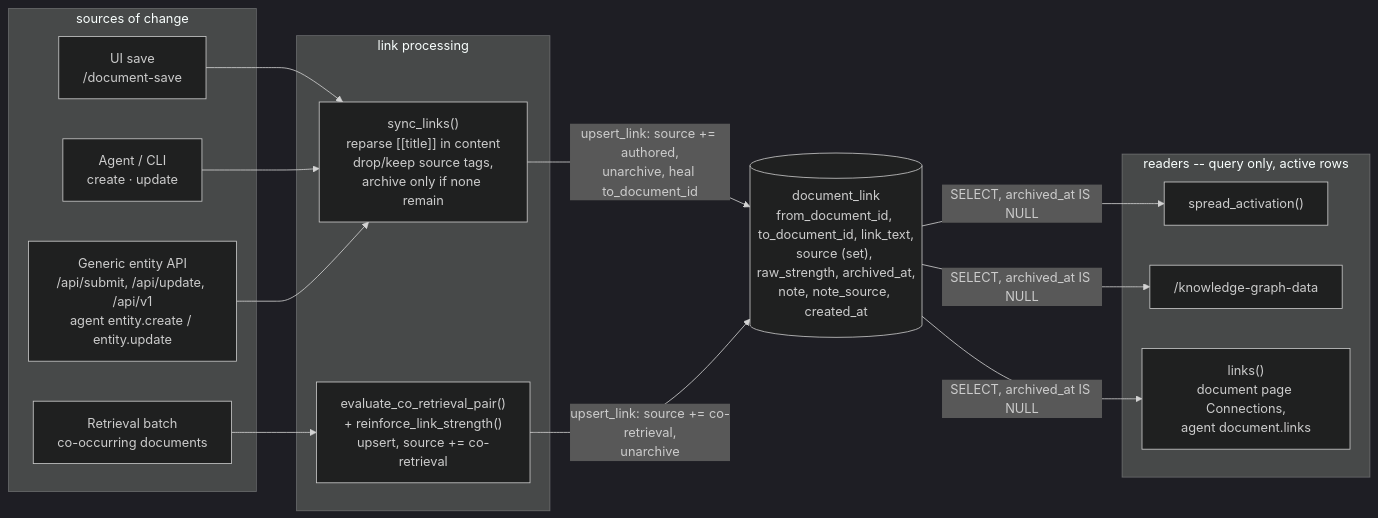
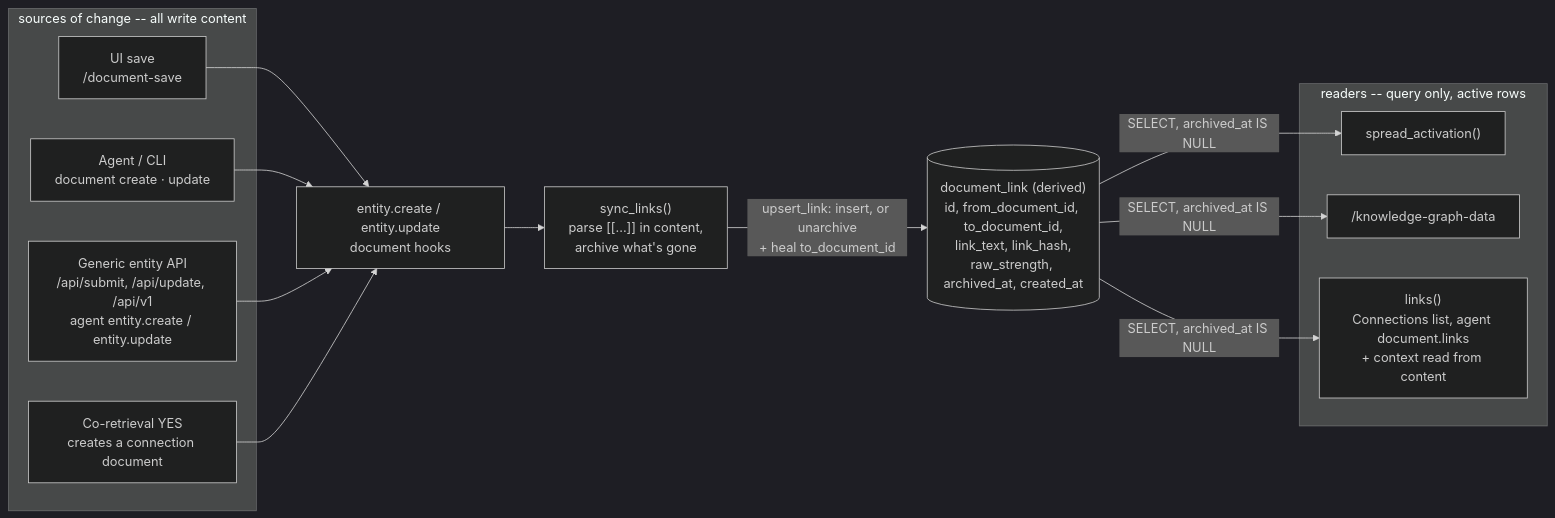
Before and after one commit to BenSiv/daat: the diagram in doc/document-link-flow.md, drawn with Mermaid (dark theme). The commit also changed other lines of this file and 11 other files, not shown here.

````diff
--- a/doc/document-link-flow.md
+++ b/doc/document-link-flow.md
@@ -5,33 +5,31 @@
 ```mermaid
 flowchart LR
-    subgraph SRC["sources of change"]
+    subgraph SRC["sources of change -- all write content"]
         A1["UI save<br/>/document-save"]
-        A2["Agent / CLI<br/>create &middot; update"]
+        A2["Agent / CLI<br/>document create &middot; update"]
         A3["Generic entity API<br/>/api/submit, /api/update, /api/v1<br/>agent entity.create / entity.update"]
-        A4["Retrieval batch<br/>co-occurring documents"]
+        A4["Co-retrieval YES<br/>creates a connection document"]
     end
 
-    subgraph PROC["link processing"]
-        P1["sync_links()<br/>reparse [[title]] in content<br/>drop/keep source tags,<br/>archive only if none remain"]
-        P2["evaluate_co_retrieval_pair()<br/>+ reinforce_link_strength()<br/>upsert, source += co-retrieval"]
-    end
+    H["entity.create / entity.update<br/>document hooks"]
+    P1["sync_links()<br/>parse [[...]] in content,<br/>archive what's gone"]
 
-    T[("document_link<br/>from_document_id, to_document_id, link_text,<br/>source (set), raw_strength, archived_at,<br/>note, note_source, created_at")]
+    T[("document_link (derived)<br/>id, from_document_id, to_document_id,<br/>link_text, link_hash,<br/>raw_strength, archived_at, created_at")]
 
     subgraph READ["readers -- query only, active rows"]
         R1["spread_activation()"]
         R2["/knowledge-graph-data"]
-        R3["links()<br/>document page Connections,<br/>agent document.links"]
+        R3["links()<br/>Connections list, agent document.links<br/>+ context read from content"]
     end
 
-    A1 --> P1
-    A2 --> P1
-    A4 --> P2
-    P1 -->|upsert_link: source += authored,<br/>unarchive, heal to_document_id| T
-    P2 -->|upsert_link: source += co-retrieval,<br/>unarchive| T
-    A3 --> P1
+    A1 --> H
+    A2 --> H
+    A3 --> H
+    A4 --> H
+    H --> P1
+    P1 -->|upsert_link: insert, or unarchive<br/>+ heal to_document_id| T
 
     T -->|SELECT, archived_at IS NULL| R1
     T -->|SELECT, archived_at IS NULL| R2
     T -->|SELECT, archived_at IS NULL| R3
 ```
````
